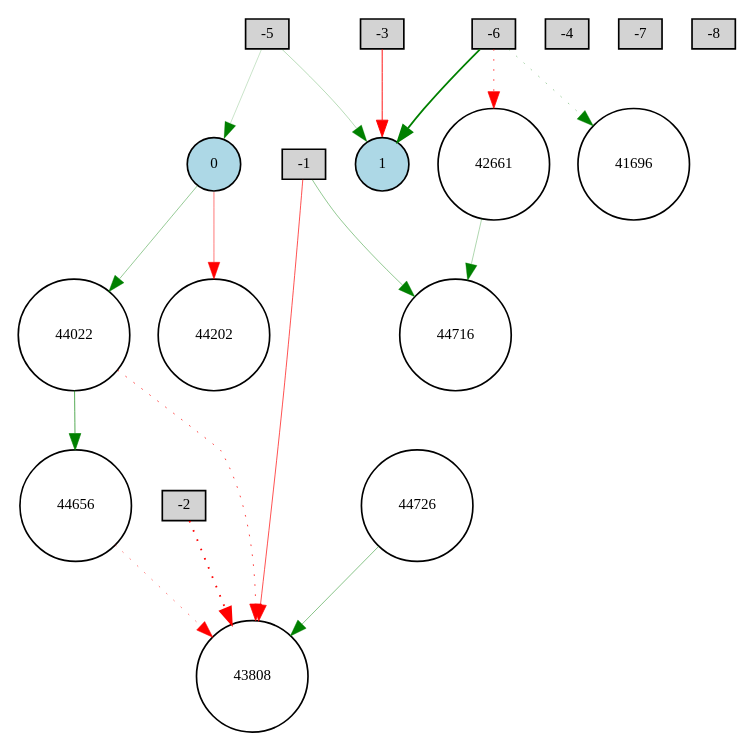
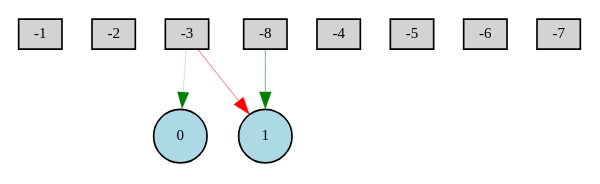
One commit to BhargavaGowda/NEAT-GymPython changed the diagram in Digraph.gv. Above: the diagram before and after it, drawn with Graphviz. The commit also changed 30 other files, not shown here.

```diff
--- a/Digraph.gv
+++ b/Digraph.gv
@@ -1,37 +1,16 @@
 digraph {
 	node [fontsize=9 height=0.2 shape=circle width=0.2]
 	-1 [fillcolor=lightgray shape=box style=filled]
 	-2 [fillcolor=lightgray shape=box style=filled]
 	-3 [fillcolor=lightgray shape=box style=filled]
 	-4 [fillcolor=lightgray shape=box style=filled]
 	-5 [fillcolor=lightgray shape=box style=filled]
 	-6 [fillcolor=lightgray shape=box style=filled]
 	-7 [fillcolor=lightgray shape=box style=filled]
 	-8 [fillcolor=lightgray shape=box style=filled]
 	0 [fillcolor=lightblue style=filled]
 	1 [fillcolor=lightblue style=filled]
-	43808 [fillcolor=white style=filled]
-	41696 [fillcolor=white style=filled]
-	42661 [fillcolor=white style=filled]
-	44202 [fillcolor=white style=filled]
-	44716 [fillcolor=white style=filled]
-	44656 [fillcolor=white style=filled]
-	44022 [fillcolor=white style=filled]
-	44726 [fillcolor=white style=filled]
-	-6 -> 1 [color=green penwidth=1.049358830652889 style=solid]
-	-6 -> 41696 [color=green penwidth=0.22836448057905373 style=dotted]
-	-6 -> 42661 [color=red penwidth=0.4318623873066366 style=dotted]
-	-2 -> 43808 [color=red penwidth=1.1180732456013265 style=dotted]
-	-5 -> 1 [color=green penwidth=0.17338724347232298 style=solid]
-	44022 -> 43808 [color=red penwidth=0.44856043173534976 style=dotted]
-	-1 -> 43808 [color=red penwidth=0.4136802988364774 style=solid]
-	0 -> 44202 [color=red penwidth=0.32261185077808185 style=solid]
-	0 -> 44022 [color=green penwidth=0.24877323099872115 style=solid]
-	-3 -> 1 [color=red penwidth=0.546187338440644 style=solid]
-	44022 -> 44656 [color=green penwidth=0.3964187383863409 style=solid]
-	44656 -> 43808 [color=red penwidth=0.30725883606586846 style=dotted]
-	-1 -> 44716 [color=green penwidth=0.26028404143369455 style=solid]
-	42661 -> 44716 [color=green penwidth=0.1875340363246979 style=solid]
-	44726 -> 43808 [color=green penwidth=0.2751878572827535 style=solid]
-	-5 -> 0 [color=green penwidth=0.13275406695020478 style=solid]
+	-8 -> 1 [color=green penwidth=0.3223932814521969 style=solid]
+	-3 -> 1 [color=red penwidth=0.34251456876170444 style=solid]
+	-3 -> 0 [color=green penwidth=0.12015660081709091 style=solid]
 }
```
